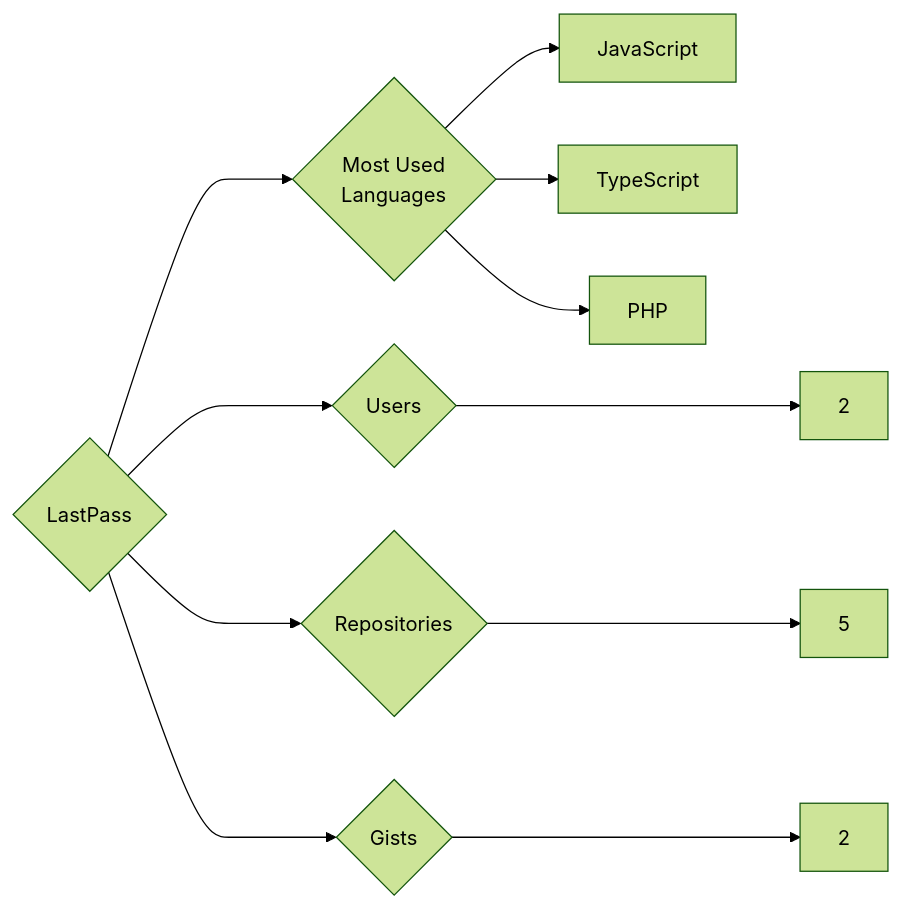
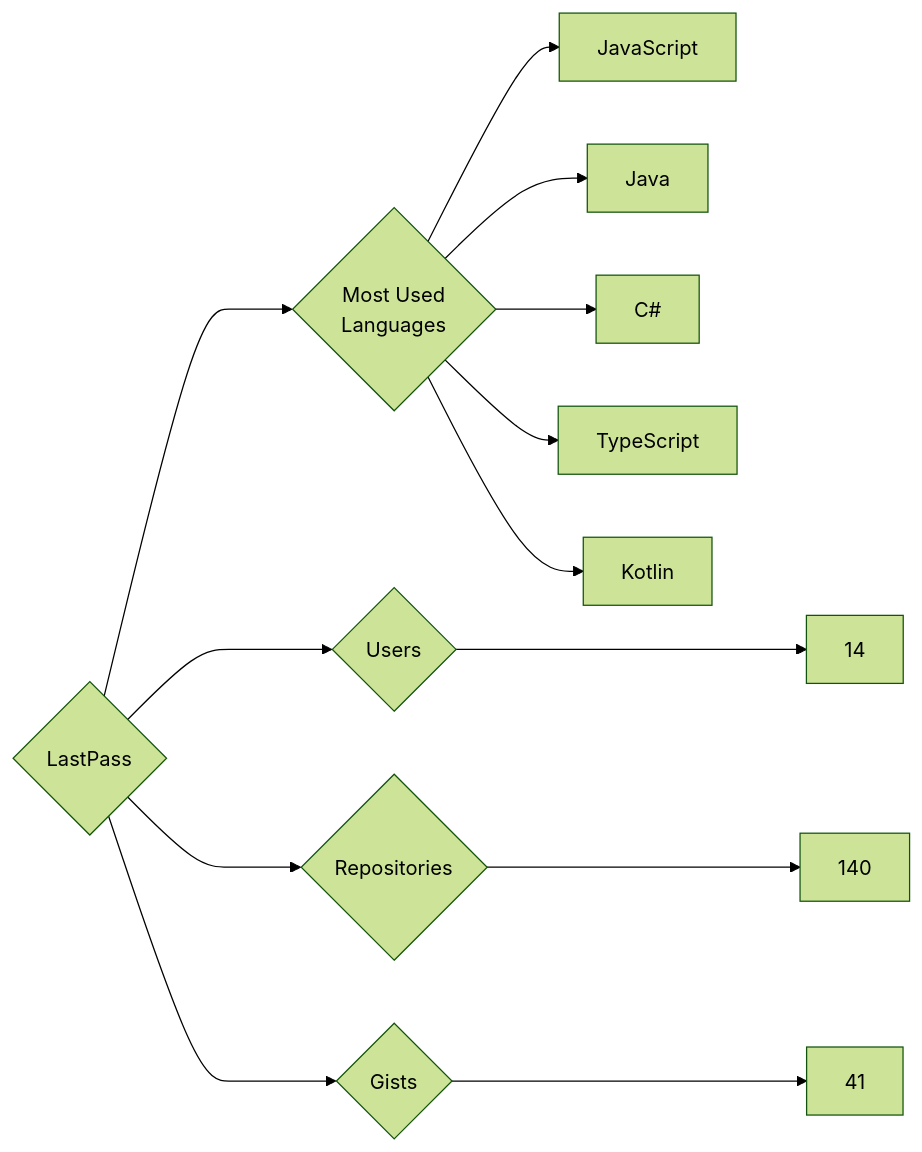
Before and after one commit to trickest/insiders: the diagram in targets/LastPass/README.md, drawn with Mermaid (forest theme). The commit also changed 786 other files, not shown here.

````diff
--- a/targets/LastPass/README.md
+++ b/targets/LastPass/README.md
@@ -3,11 +3,13 @@
 ```mermaid
 graph LR
 COMPANY_NAME{LastPass}
-COMPANY_NAME ---> U{Users} ---> UN[2]
-COMPANY_NAME ---> R{Repositories} ---> RN[5]
-COMPANY_NAME ---> G{Gists} ---> GN[2]
+COMPANY_NAME ---> U{Users} ---> UN[14]
+COMPANY_NAME ---> R{Repositories} ---> RN[140]
+COMPANY_NAME ---> G{Gists} ---> GN[41]
 COMPANY_NAME ---> ML{Most Used<br>Languages}
 ML --> JavaScript[JavaScript]
+ML --> Java[Java]
+ML --> C#[C#]
 ML --> TypeScript[TypeScript]
-ML --> PHP[PHP]
+ML --> Kotlin[Kotlin]
 ```
````
